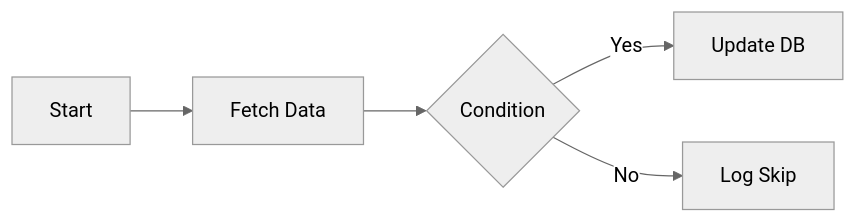
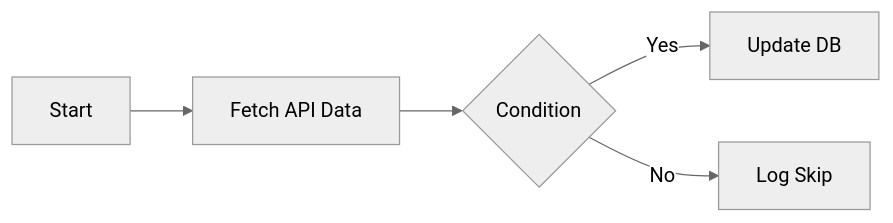
The first of 3 diagrams in apps/docs/pages/examples.mdx (dougwithseismic/antigravity-fs-automation-engine), drawn with Mermaid (neutral theme) before and after one commit. The commit also changed other lines of this file and 219 other files, not shown here.

````diff
--- a/apps/docs/pages/examples.mdx
+++ b/apps/docs/pages/examples.mdx
@@ -11,7 +12,7 @@
 ```mermaid
 graph LR
-    A[Start] --> B[Fetch Data]
+    A[Start] --> B[Fetch API Data]
     B --> C{Condition}
     C -- Yes --> D[Update DB]
     C -- No --> E[Log Skip]
 ```
````
